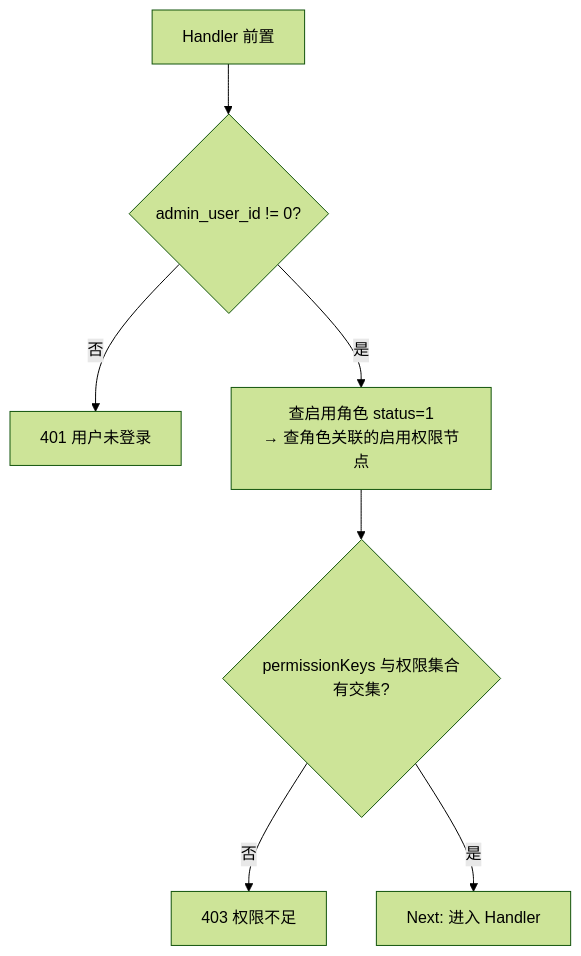
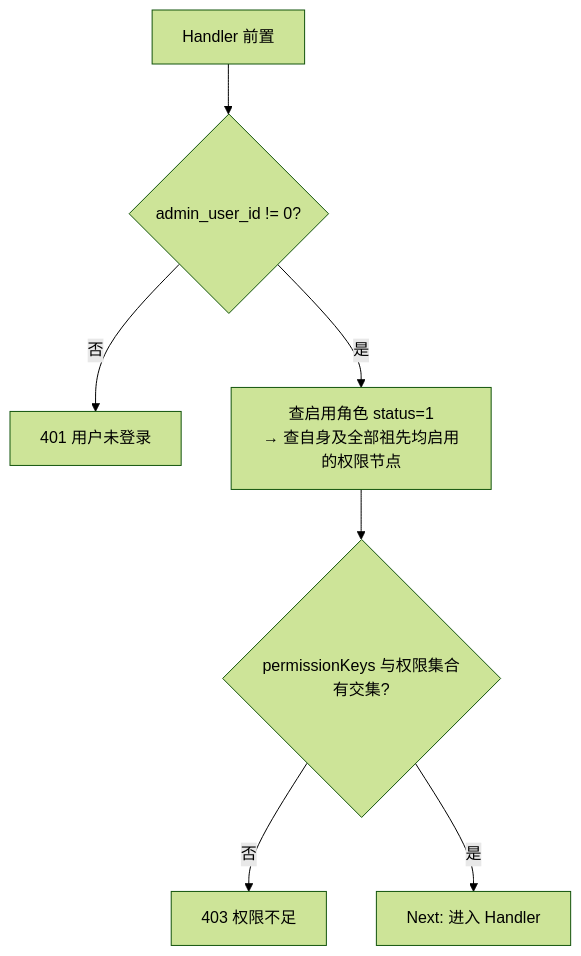
The fourth of 12 diagrams in backend/docs/design/permission.md (Jing-sir/fullstack-tempplate), drawn with Mermaid (forest theme) before and after one commit. The commit also changed other lines of this file and 72 other files, not shown here.

````diff
--- a/backend/docs/design/permission.md
+++ b/backend/docs/design/permission.md
@@ -468,9 +596,9 @@
 ```mermaid
 flowchart TD
     A[Handler 前置] --> B{admin_user_id != 0?}
     B -- 否 --> Z1[401 用户未登录]
-    B -- 是 --> C[查启用角色 status=1\n→ 查角色关联的启用权限节点]
+    B -- 是 --> C[查启用角色 status=1\n→ 查自身及全部祖先均启用的权限节点]
     C --> D{permissionKeys 与权限集合有交集?}
     D -- 否 --> Z2[403 权限不足]
     D -- 是 --> E[Next: 进入 Handler]
 ```
````
